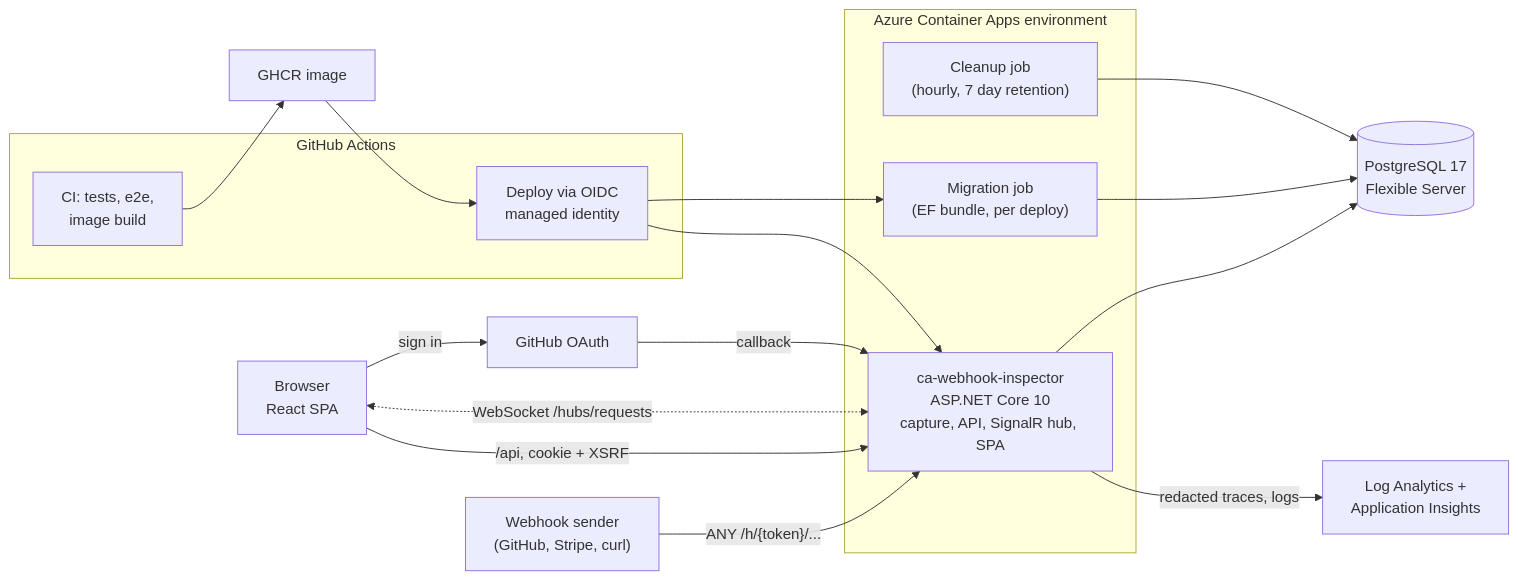
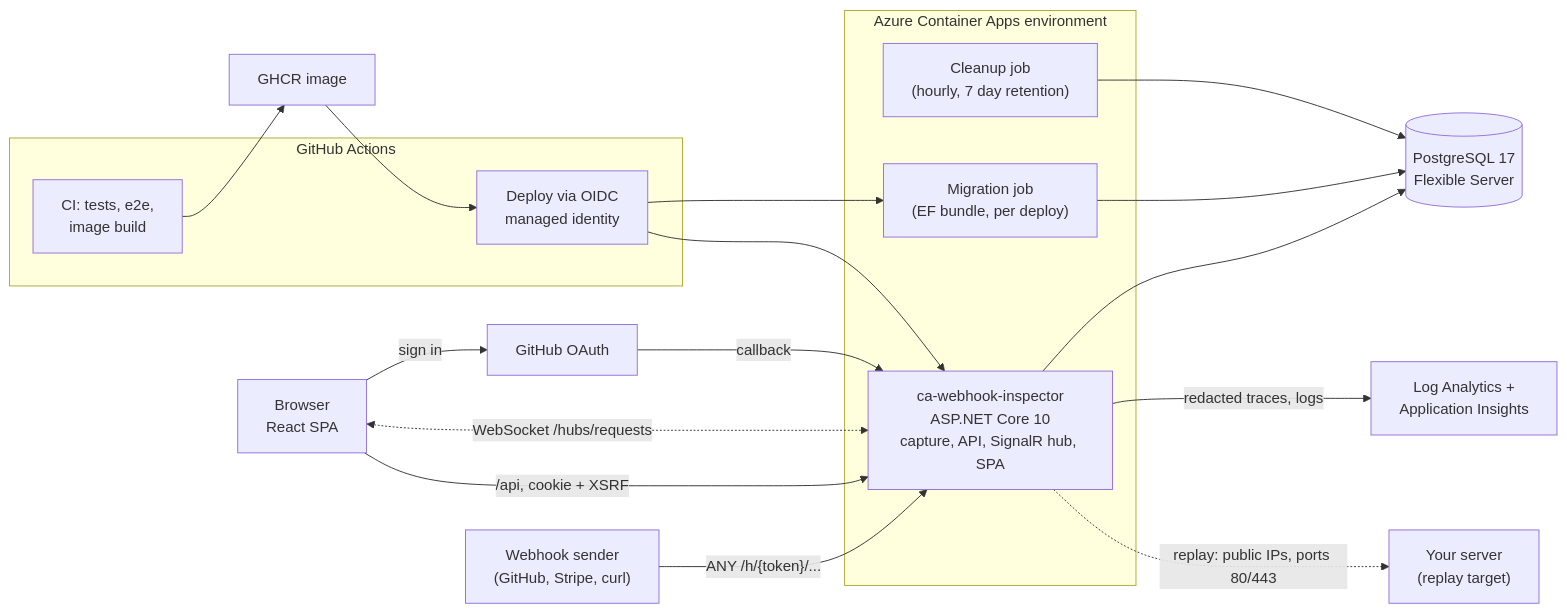
The diagram in README.md (jeghetermats/webhook-inspector), drawn with Mermaid before and after one commit. The commit also changed other lines of this file and 4 other files, not shown here.

````diff
--- a/README.md
+++ b/README.md
@@ -24,34 +25,35 @@
 ```mermaid
 flowchart LR
   sender["Webhook sender<br/>(GitHub, Stripe, curl)"]
   user["Browser<br/>React SPA"]
   gh["GitHub OAuth"]
 
   subgraph aca["Azure Container Apps environment"]
     app["ca-webhook-inspector<br/>ASP.NET Core 10<br/>capture, API, SignalR hub, SPA"]
     migrate["Migration job<br/>(EF bundle, per deploy)"]
     cleanup["Cleanup job<br/>(hourly, 7 day retention)"]
   end
 
   db[("PostgreSQL 17<br/>Flexible Server")]
   mon["Log Analytics +<br/>Application Insights"]
 
   subgraph ci["GitHub Actions"]
     build["CI: tests, e2e,<br/>image build"]
     deploy["Deploy via OIDC<br/>managed identity"]
   end
   ghcr["GHCR image"]
 
   sender -- "ANY /h/{token}/..." --> app
   user -- "/api, cookie + XSRF" --> app
   user <-. "WebSocket /hubs/requests" .-> app
   user -- "sign in" --> gh
   gh -- "callback" --> app
   app --> db
   migrate --> db
   cleanup --> db
   app -- "redacted traces, logs" --> mon
+  app -. "replay: public IPs, ports 80/443" .-> replayTarget["Your server<br/>(replay target)"]
   build --> ghcr --> deploy
   deploy --> migrate
   deploy --> app
 ```
````
